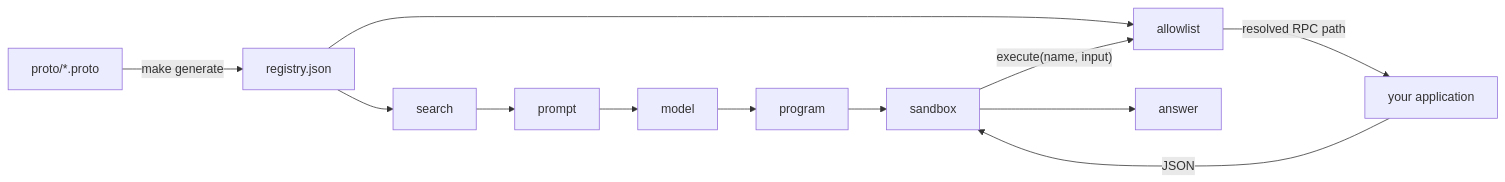
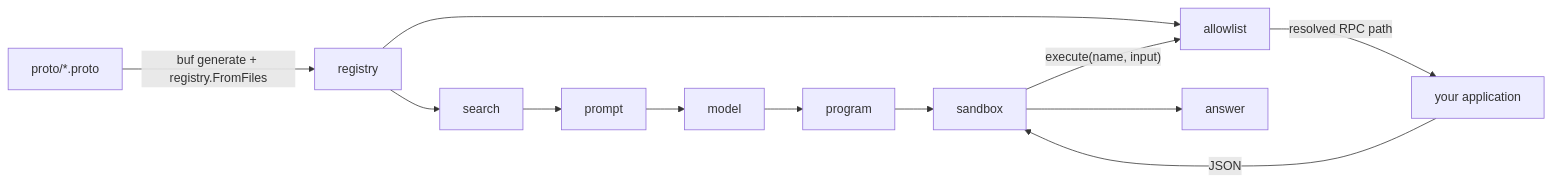
The diagram in docs/content/overview.md (mukezhz/codemode), drawn with Mermaid before and after one commit. The commit also changed other lines of this file and 7 other files, not shown here.

First line of the commit message:
docs: add quickstart and architecture pages

````diff
--- a/docs/content/overview.md
+++ b/docs/content/overview.md
@@ -17,12 +17,12 @@
 ```mermaid
 flowchart LR
-  proto["proto/*.proto"] -->|make generate| registry["registry.json"]
+  proto["proto/*.proto"] -->|buf generate + registry.FromFiles| registry["registry"]
   registry --> search["search"]
   registry --> allow["allowlist"]
   search --> prompt["prompt"] --> model["model"] --> program["program"]
   program --> sandbox["sandbox"]
   sandbox -->|"execute(name, input)"| allow
   allow -->|resolved RPC path| app["your application"]
   app -->|JSON| sandbox
   sandbox --> answer["answer"]
 ```
````
